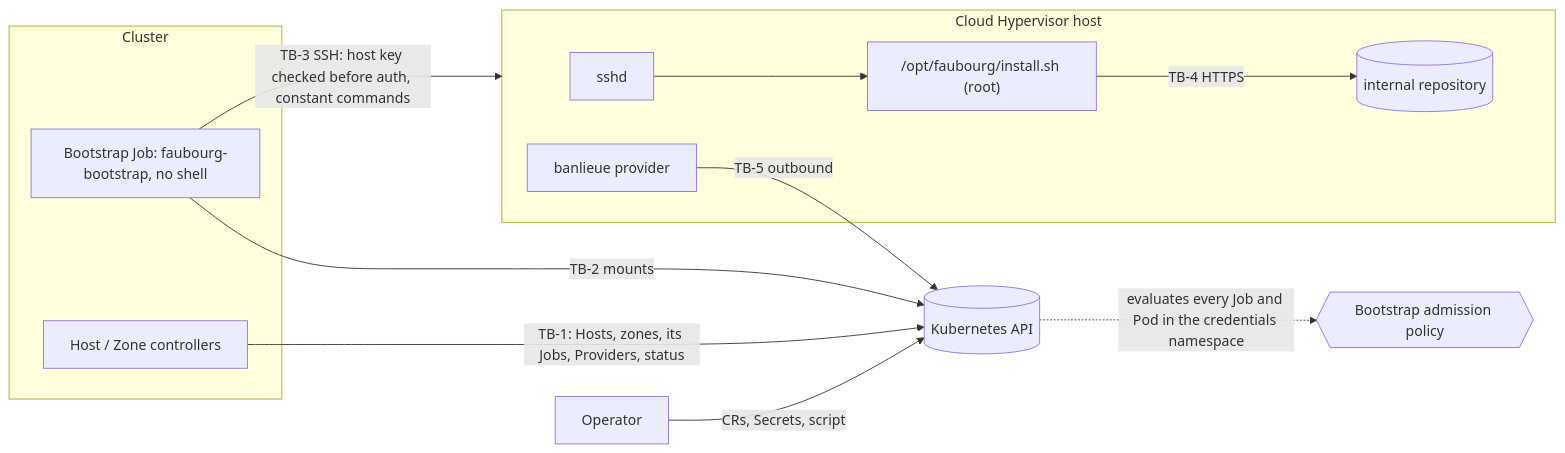
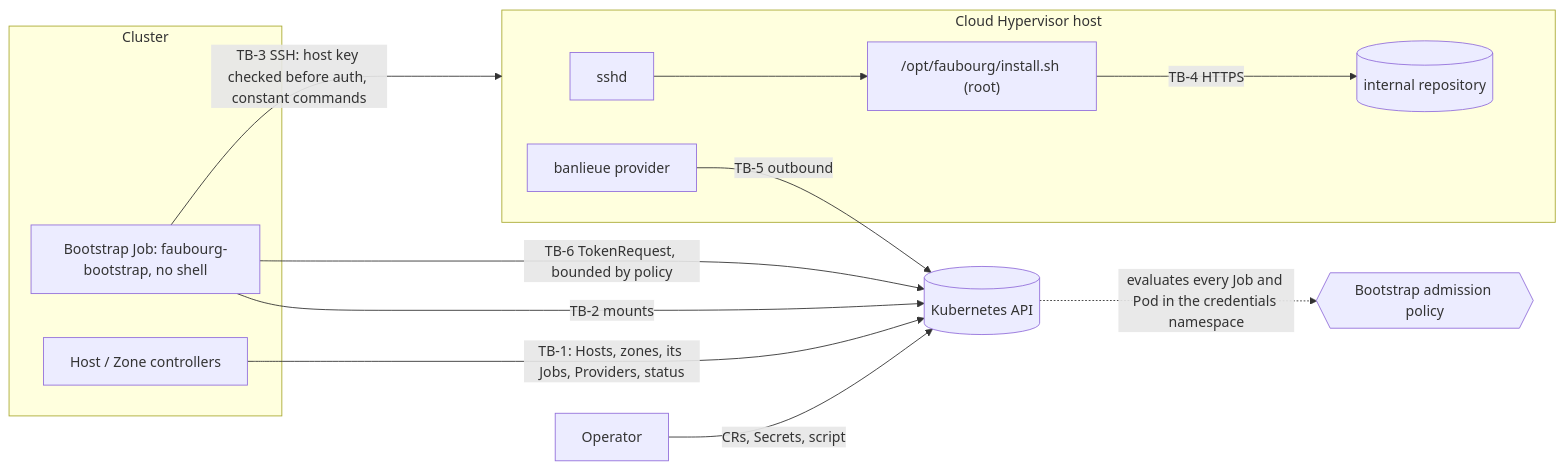
The diagram in docs/security/threat-model.md (firestoned/faubourg), drawn with Mermaid before and after one commit. The commit also changed other lines of this file and 44 other files, not shown here.

First line of the commit message:
feat: the host Provider and its first token (ADR-0011, roadmap 01) (#7)

````diff
--- a/docs/security/threat-model.md
+++ b/docs/security/threat-model.md
@@ -80,18 +84,19 @@
 ```mermaid
 flowchart LR
     op[Operator] -->|CRs, Secrets, script| kube[(Kubernetes API)]
     subgraph cluster [Cluster]
         ctl[Host / Zone controllers]
         job[Bootstrap Job: faubourg-bootstrap, no shell]
     end
     kube -.->|evaluates every Job and Pod in the credentials namespace| vap{{Bootstrap admission policy}}
     ctl -->|TB-1: Hosts, zones, its Jobs, Providers, status| kube
     job -->|TB-2 mounts| kube
+    job -->|TB-6 TokenRequest, bounded by policy| kube
     job -->|TB-3 SSH: host key checked before auth, constant commands| host
     subgraph host [Cloud Hypervisor host]
         sshd[sshd] --> script["/opt/faubourg/install.sh (root)"]
         script -->|TB-4 HTTPS| repo[(internal repository)]
         prov[banlieue provider]
     end
     prov -->|TB-5 outbound| kube
 ```
````
